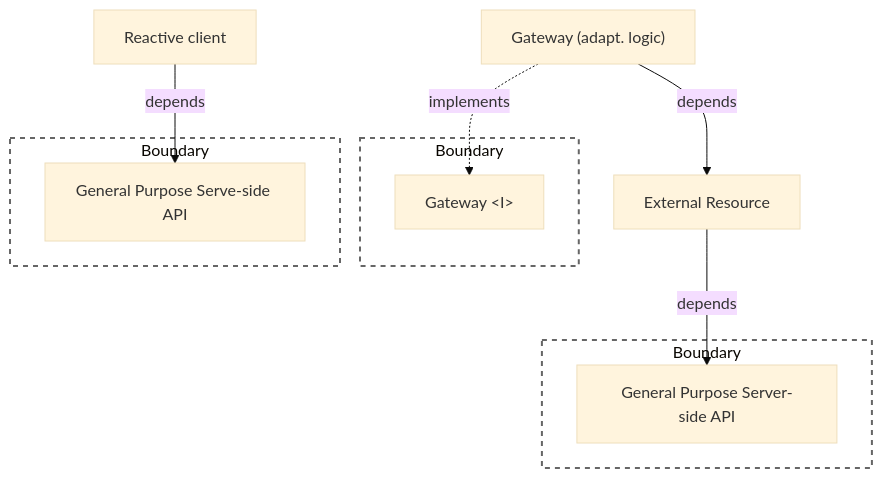
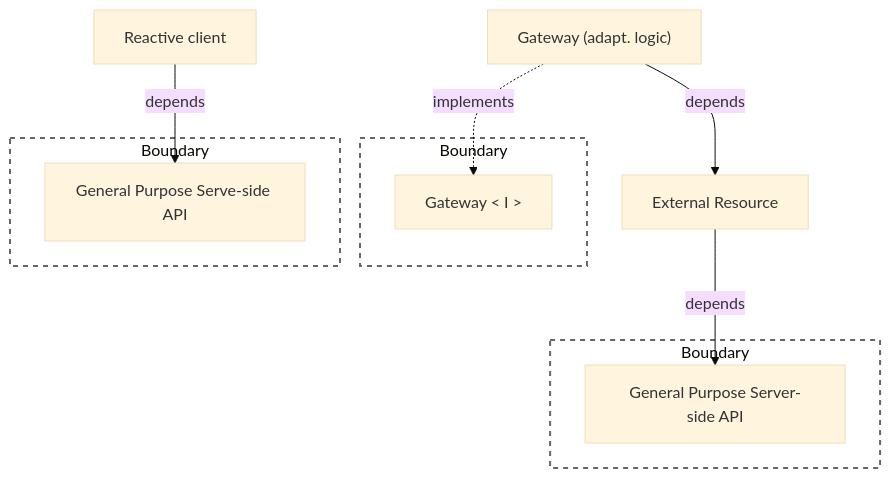
Diagram 15 of 16 in docs/architecture.md (clean-reactive/documentation), drawn with Mermaid (base theme) before and after one commit. The commit also changed other lines of this file, not shown here.

Commit message:
Docs: fix < > in mermaid

````diff
--- a/docs/architecture.md
+++ b/docs/architecture.md
@@ -979,29 +979,29 @@
 ```mermaid
 graph TD
 
 subgraph B1["Boundary"]
-  GI["Gateway &lt;I&gt;"]
+  GI["Gateway < I >"]
 end
 G["Gateway (adapt. logic)"]
 ER["External Resource"]
 
 subgraph B2["Boundary"]
   GAPI["General Purpose Server-side API"]
 end
 
 G -. implements .-> GI
 G -- depends --> ER
 ER -- depends --> GAPI
 
 %% high-level relations
 RCC["Reactive client"]
 
 subgraph B3["Boundary"]
   CGAPI["General Purpose Serve-side API"]
 end
 
 RCC -- depends --> CGAPI
 
 classDef boundary fill:none,stroke:#666,stroke-width:2px,stroke-dasharray: 5 5;
 class B1,B2,B3 boundary;
 ```
````
